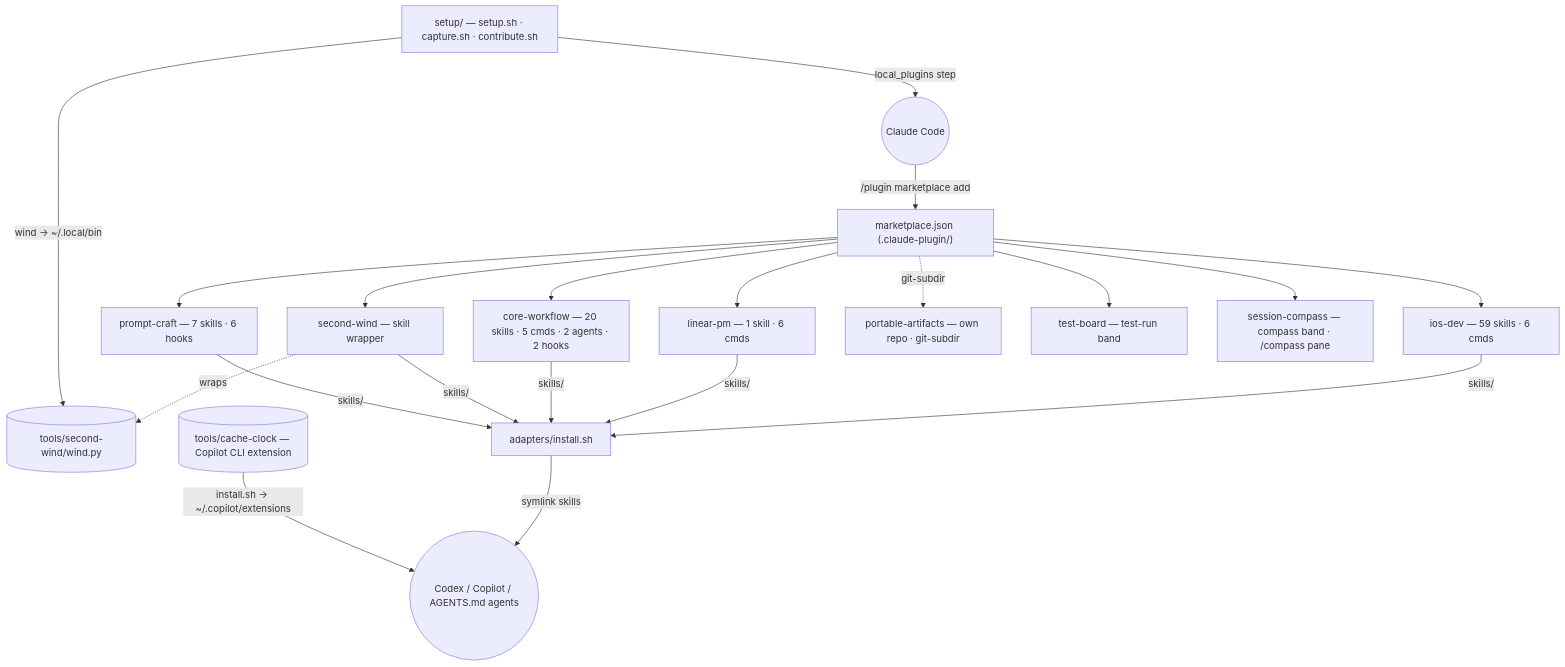
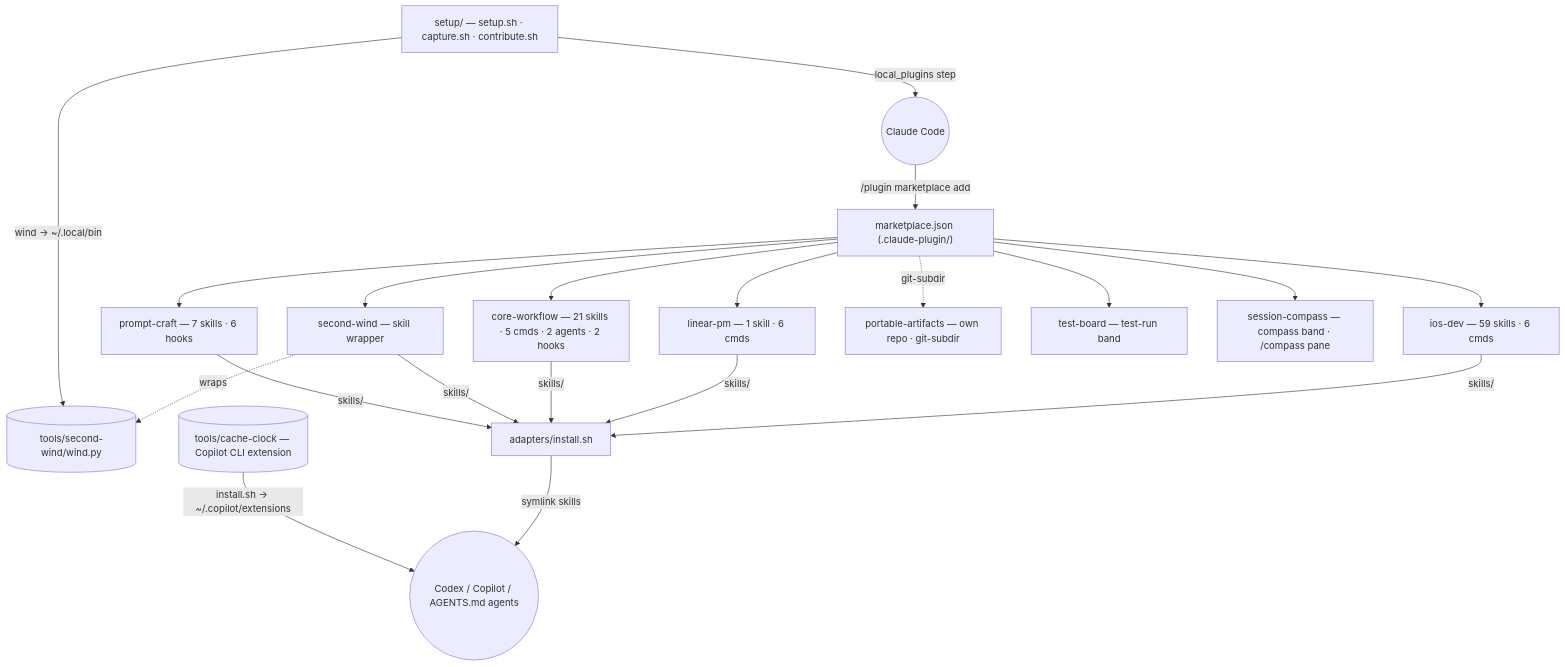
The diagram in docs/architecture.md (abhijitbansal/claude-skills), drawn with Mermaid before and after one commit. The commit also changed 19 other files, not shown here.

First line of the commit message:
feat(core-workflow): skills.sh audit warnings and prompt-injection hardening lesson (#65)

````diff
--- a/docs/architecture.md
+++ b/docs/architecture.md
@@ -15,28 +15,28 @@
 ```mermaid
 flowchart TD
   MP["marketplace.json (.claude-plugin/)"]
   IOS["ios-dev — 59 skills · 6 cmds"]
   LIN["linear-pm — 1 skill · 6 cmds"]
-  CW["core-workflow — 20 skills · 5 cmds · 2 agents · 2 hooks"]
+  CW["core-workflow — 21 skills · 5 cmds · 2 agents · 2 hooks"]
   SW["second-wind — skill wrapper"]
   PC["prompt-craft — 7 skills · 6 hooks"]
   PA["portable-artifacts — own repo · git-subdir"]
   TB["test-board — test-run band"]
   SC["session-compass — compass band · /compass pane"]
   WIND[("tools/second-wind/wind.py")]
   CCLK[("tools/cache-clock — Copilot CLI extension")]
   AD["adapters/install.sh"]
   SEED["setup/ — setup.sh · capture.sh · contribute.sh"]
   CC(("Claude Code"))
   OTHER(("Codex / Copilot / AGENTS.md agents"))
 
   MP --> IOS & LIN & CW & SW & PC & TB & SC
   MP -.->|git-subdir| PA
   SW -.->|wraps| WIND
   CC -->|"/plugin marketplace add"| MP
   SEED -->|local_plugins step| CC
   SEED -->|"wind → ~/.local/bin"| WIND
   AD -->|symlink skills| OTHER
   CCLK -->|"install.sh → ~/.copilot/extensions"| OTHER
   IOS & LIN & CW & SW & PC -->|skills/| AD
 ```
````
